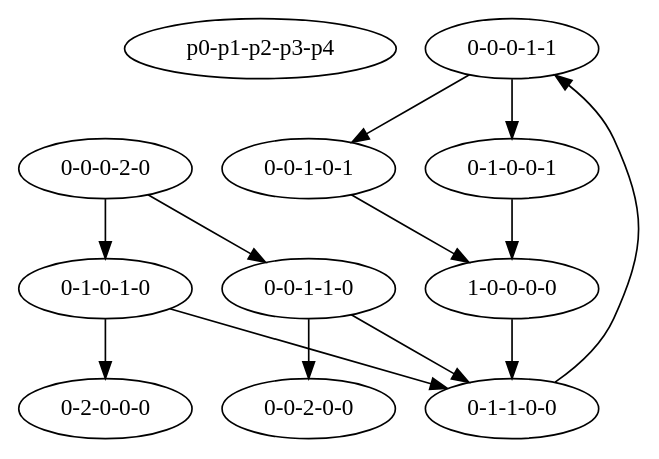
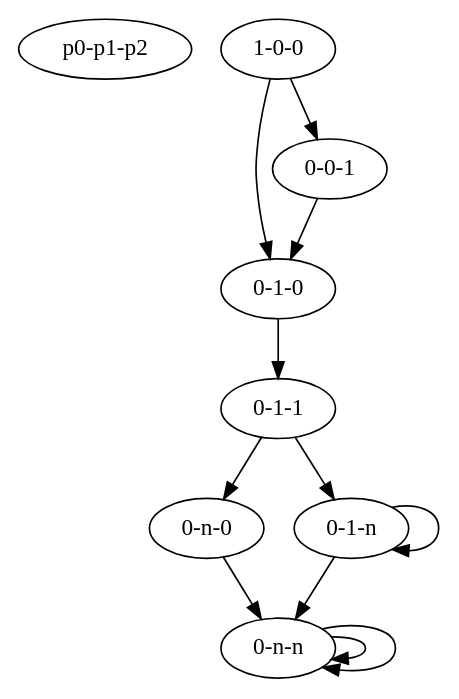
Before and after one commit to SemSSK/petri_to_automata: the diagram in graph.dot, drawn with Graphviz. The commit also changed 7 other files, not shown here.

```diff
--- a/graph.dot
+++ b/graph.dot
@@ -1,18 +1,15 @@
 
     digraph {
-        "p0-p1-p2-p3-p4"
-         "0-0-0-1-1" -> "0-1-0-0-1";
- "0-0-0-1-1" -> "0-0-1-0-1"
-		
-		
-		 "0-0-0-2-0" -> "0-1-0-1-0";
- "0-0-0-2-0" -> "0-0-1-1-0"
-		 "0-1-0-0-1" -> "1-0-0-0-0"
-		 "0-1-1-0-0" -> "0-0-0-1-1"
-		 "0-1-0-1-0" -> "0-2-0-0-0";
- "0-1-0-1-0" -> "0-1-1-0-0"
-		 "0-0-1-1-0" -> "0-1-1-0-0";
- "0-0-1-1-0" -> "0-0-2-0-0"
-		 "0-0-1-0-1" -> "1-0-0-0-0"
-		 "1-0-0-0-0" -> "0-1-1-0-0"
+        "p0-p1-p2"
+         "0-n-0" -> "0-n-n"
+		 "1-0-0" -> "0-1-0";
+ "1-0-0" -> "0-0-1"
+		 "0-1-1" -> "0-1-n";
+ "0-1-1" -> "0-n-0"
+		 "0-1-n" -> "0-1-n";
+ "0-1-n" -> "0-n-n"
+		 "0-0-1" -> "0-1-0"
+		 "0-1-0" -> "0-1-1"
+		 "0-n-n" -> "0-n-n";
+ "0-n-n" -> "0-n-n"
     }
```
